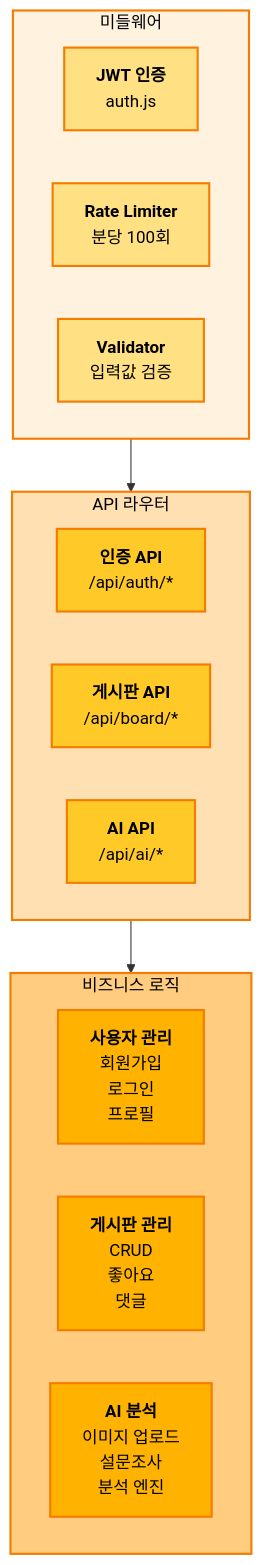
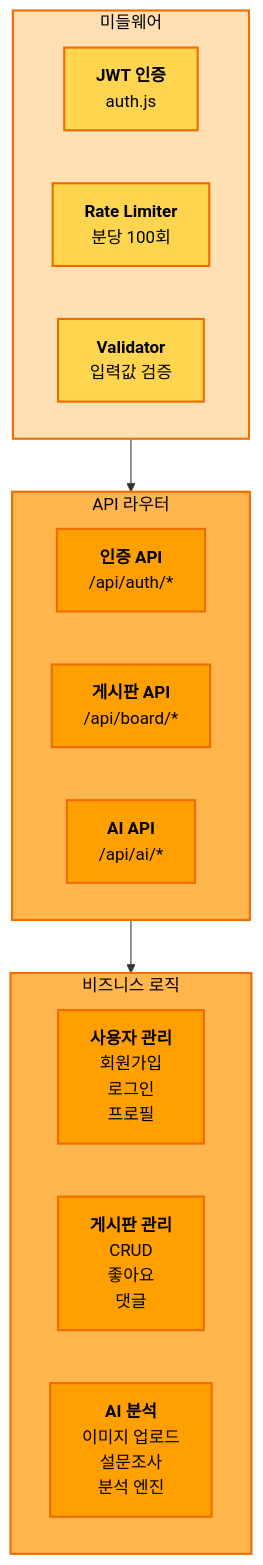
The fifth of 13 diagrams in Architecture.md (kyoe-23/DeepLearning_project), drawn with Mermaid before and after one commit. The commit also changed other lines of this file, not shown here.

````diff
--- a/Architecture.md
+++ b/Architecture.md
@@ -199,39 +199,39 @@
 ```mermaid
 graph TB
     subgraph MW["미들웨어"]
         direction LR
         AUTH_MW["<b>JWT 인증</b><br/>auth.js"]
         RATE["<b>Rate Limiter</b><br/>분당 100회"]
         VALID["<b>Validator</b><br/>입력값 검증"]
     end
 
     subgraph API["API 라우터"]
         direction LR
         AUTH_API["<b>인증 API</b><br/>/api/auth/*"]
         BOARD_API["<b>게시판 API</b><br/>/api/board/*"]
         AI_API["<b>AI API</b><br/>/api/ai/*"]
     end
 
     subgraph LOGIC["비즈니스 로직"]
         direction LR
         USER_LOGIC["<b>사용자 관리</b><br/>회원가입<br/>로그인<br/>프로필"]
         BOARD_LOGIC["<b>게시판 관리</b><br/>CRUD<br/>좋아요<br/>댓글"]
         AI_LOGIC["<b>AI 분석</b><br/>이미지 업로드<br/>설문조사<br/>분석 엔진"]
     end
 
     MW --> API --> LOGIC
 
-    style MW fill:#FFF3E0,stroke:#F57C00,stroke-width:2px,color:#000
-    style API fill:#FFE0B2,stroke:#F57C00,stroke-width:2px,color:#000
-    style LOGIC fill:#FFCC80,stroke:#F57C00,stroke-width:2px,color:#000
+    style MW fill:#FFE0B2,stroke:#EF6C00,stroke-width:2px,color:#000
+    style API fill:#FFB74D,stroke:#EF6C00,stroke-width:2px,color:#000
+    style LOGIC fill:#FFB74D,stroke:#EF6C00,stroke-width:2px,color:#000
     
-    style AUTH_MW fill:#FFE082,stroke:#F57C00,stroke-width:2px,color:#000
-    style RATE fill:#FFE082,stroke:#F57C00,stroke-width:2px,color:#000
-    style VALID fill:#FFE082,stroke:#F57C00,stroke-width:2px,color:#000
-    style AUTH_API fill:#FFCA28,stroke:#F57C00,stroke-width:2px,color:#000
-    style BOARD_API fill:#FFCA28,stroke:#F57C00,stroke-width:2px,color:#000
-    style AI_API fill:#FFCA28,stroke:#F57C00,stroke-width:2px,color:#000
-    style USER_LOGIC fill:#FFB300,stroke:#F57C00,stroke-width:2px,color:#000
-    style BOARD_LOGIC fill:#FFB300,stroke:#F57C00,stroke-width:2px,color:#000
-    style AI_LOGIC fill:#FFB300,stroke:#F57C00,stroke-width:2px,color:#000
+    style AUTH_MW fill:#FFD54F,stroke:#EF6C00,stroke-width:2px,color:#000
+    style RATE fill:#FFD54F,stroke:#EF6C00,stroke-width:2px,color:#000
+    style VALID fill:#FFD54F,stroke:#EF6C00,stroke-width:2px,color:#000
+    style AUTH_API fill:#FFA000,stroke:#EF6C00,stroke-width:2px,color:#000
+    style BOARD_API fill:#FFA000,stroke:#EF6C00,stroke-width:2px,color:#000
+    style AI_API fill:#FFA000,stroke:#EF6C00,stroke-width:2px,color:#000
+    style USER_LOGIC fill:#FFA000,stroke:#EF6C00,stroke-width:2px,color:#000
+    style BOARD_LOGIC fill:#FFA000,stroke:#EF6C00,stroke-width:2px,color:#000
+    style AI_LOGIC fill:#FFA000,stroke:#EF6C00,stroke-width:2px,color:#000
 ```
````
